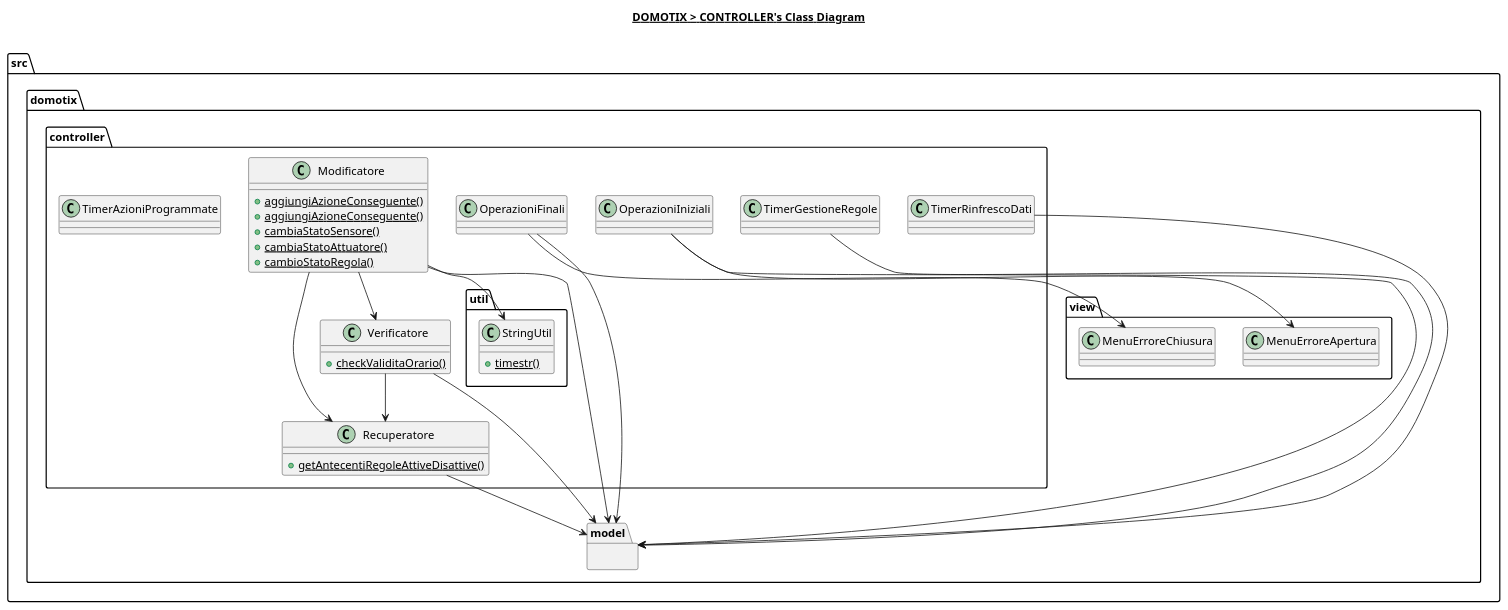
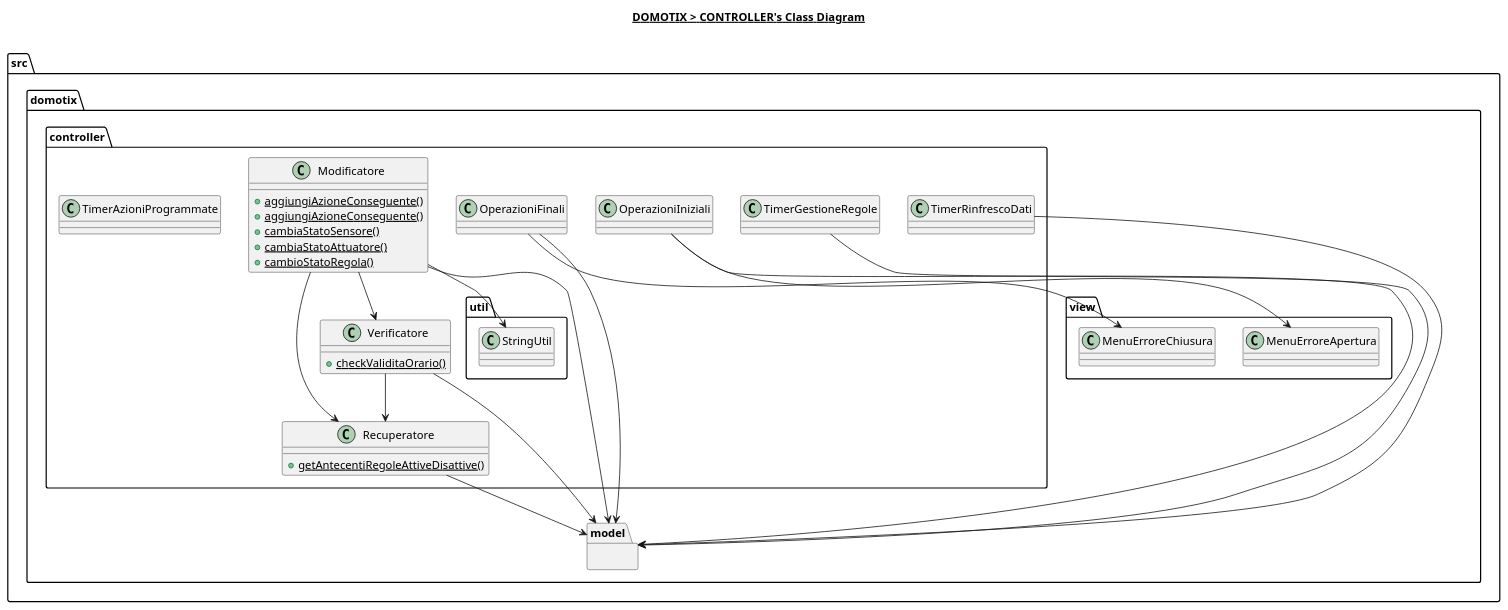
The diagram in src/domotix/controller/controller.plantuml (Edoar-do/Domotix), drawn with PlantUML before and after one commit. The commit also changed 2 other files, not shown here.

```diff
--- a/src/domotix/controller/controller.plantuml
+++ b/src/domotix/controller/controller.plantuml
@@ -1,69 +1,68 @@
 @startuml
 
 title __DOMOTIX > CONTROLLER's Class Diagram__\n
 
 namespace src.domotix.controller {
     class src.domotix.controller.Modificatore {
         {static} + aggiungiAzioneConseguente()
         {static} + aggiungiAzioneConseguente()
         {static} + cambiaStatoSensore()
         {static} + cambiaStatoAttuatore()
         {static} + cambioStatoRegola()
     }
 
     class src.domotix.controller.OperazioniFinali {
 
     }
 
     class src.domotix.controller.OperazioniIniziali {
 
     }
 
     class src.domotix.controller.Recuperatore {
         {static} + getAntecentiRegoleAttiveDisattive()
     }
 
     class src.domotix.controller.Verificatore {
         {static} + checkValiditaOrario()
     }
 
     class src.domotix.controller.TimerGestioneRegole {
     }
 
     class src.domotix.controller.TimerRinfrescoDati {
     }
 
     class src.domotix.controller.TimerAzioniProgrammate {
     }
 
     namespace util {
         class src.domotix.controller.util.StringUtil {
-            {static} + timestr()
         }
     }
 }
 
 namespace src.domotix.model {
 
 }
 
 src.domotix.controller.Modificatore --> src.domotix.controller.util.StringUtil
 src.domotix.controller.Modificatore --> src.domotix.controller.Recuperatore
 src.domotix.controller.Modificatore --> src.domotix.controller.Verificatore
 src.domotix.controller.Modificatore --> src.domotix.model
 
 src.domotix.controller.Verificatore --> src.domotix.controller.Recuperatore
 src.domotix.controller.Verificatore --> src.domotix.model
 
 src.domotix.controller.Recuperatore --> src.domotix.model
 
 src.domotix.controller.OperazioniIniziali --> src.domotix.model
 src.domotix.controller.OperazioniIniziali --> src.domotix.view.MenuErroreApertura
 
 src.domotix.controller.OperazioniFinali --> src.domotix.model
 src.domotix.controller.OperazioniFinali --> src.domotix.view.MenuErroreChiusura
 
 src.domotix.controller.TimerGestioneRegole --> src.domotix.model
 src.domotix.controller.TimerRinfrescoDati --> src.domotix.model
 
 @enduml
```
